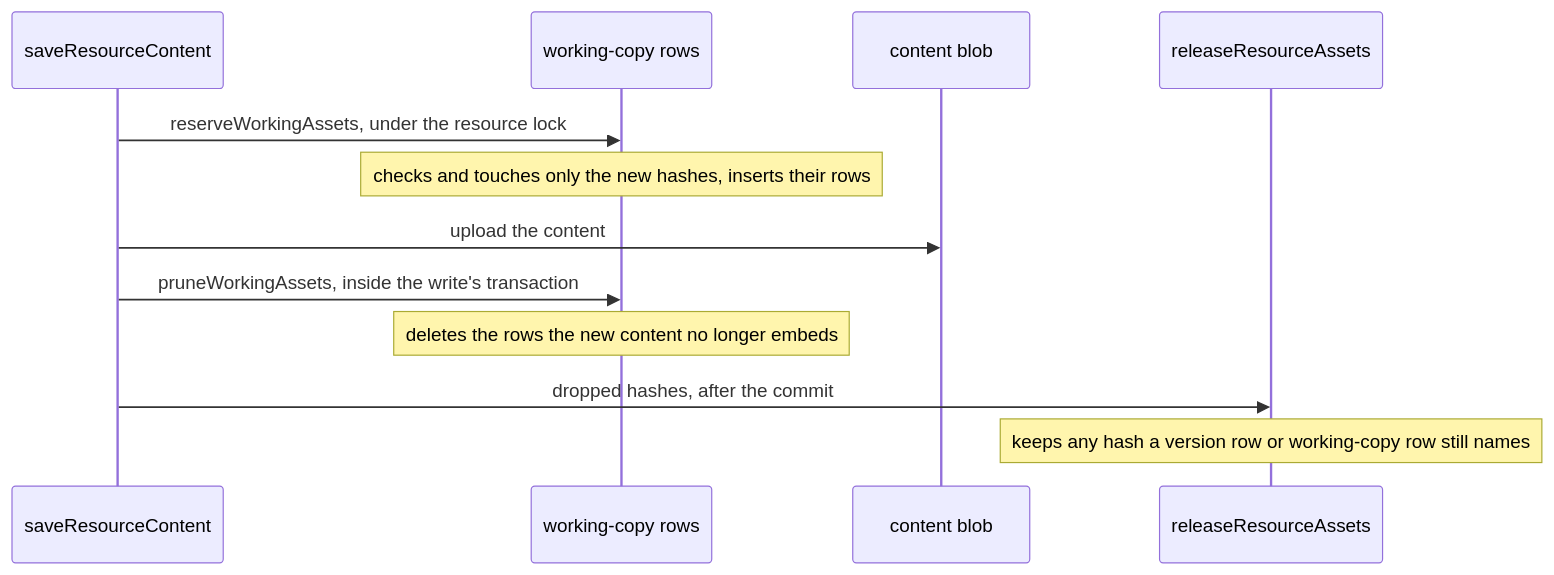
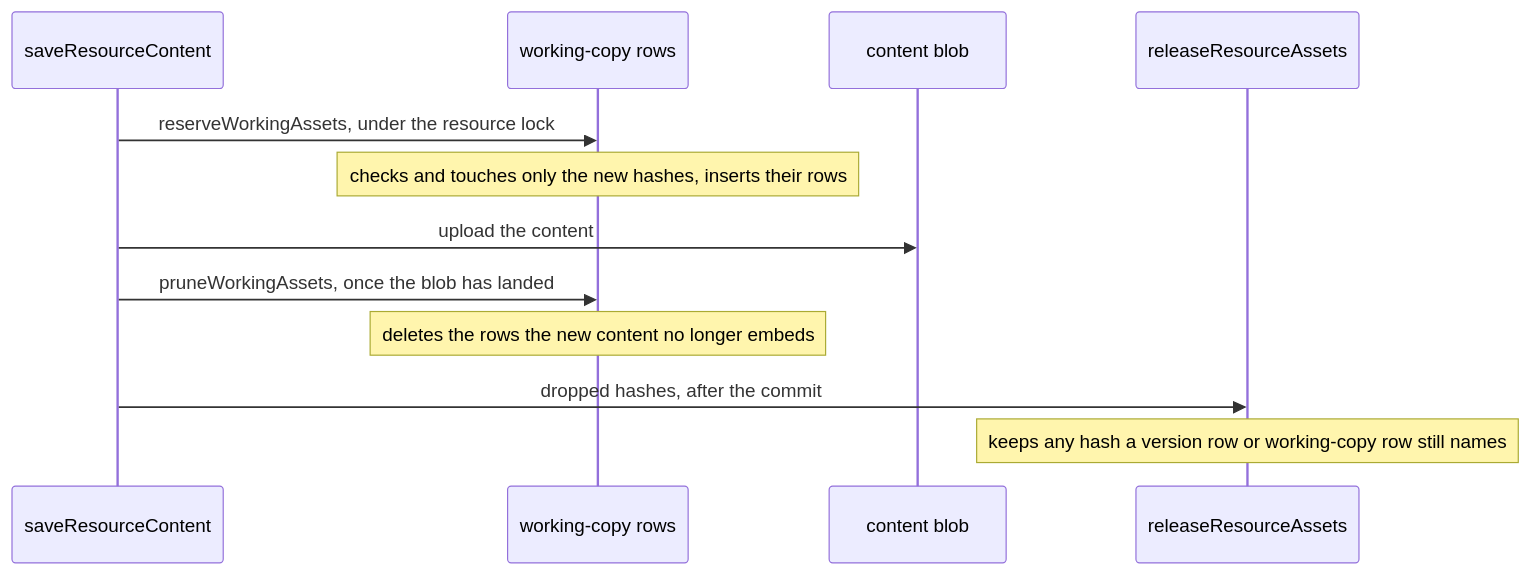
One commit to Esposter/Esposter changed the third of 3 diagrams in openspec/specs/resource/content-addressed-assets/design.md. Above: the diagram before and after it, drawn with Mermaid. The commit also changed other lines of this file and 97 other files, not shown here.

````diff
--- a/openspec/specs/resource/content-addressed-assets/design.md
+++ b/openspec/specs/resource/content-addressed-assets/design.md
@@ -46,14 +46,14 @@
 ```mermaid
 sequenceDiagram
   participant Save as saveResourceContent
   participant Rows as working-copy rows
   participant Blob as content blob
   participant Release as releaseResourceAssets
   Save->>Rows: reserveWorkingAssets, under the resource lock
   Note over Rows: checks and touches only the new hashes, inserts their rows
   Save->>Blob: upload the content
-  Save->>Rows: pruneWorkingAssets, inside the write's transaction
+  Save->>Rows: pruneWorkingAssets, once the blob has landed
   Note over Rows: deletes the rows the new content no longer embeds
   Save->>Release: dropped hashes, after the commit
   Note over Release: keeps any hash a version row or working-copy row still names
 ```
````
